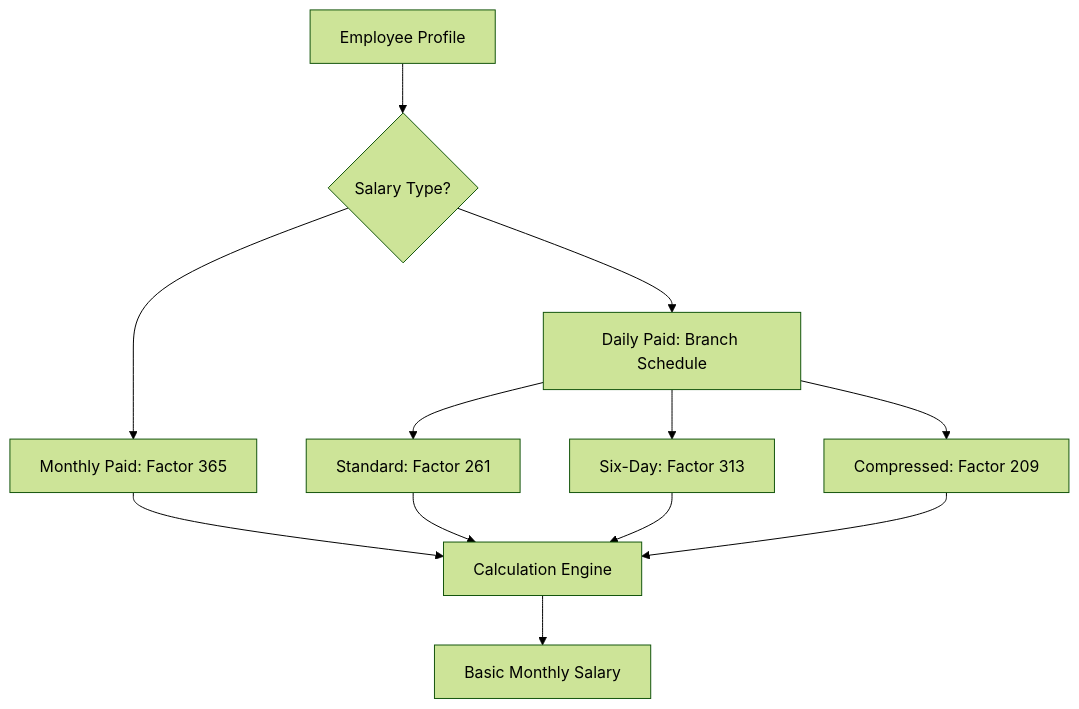
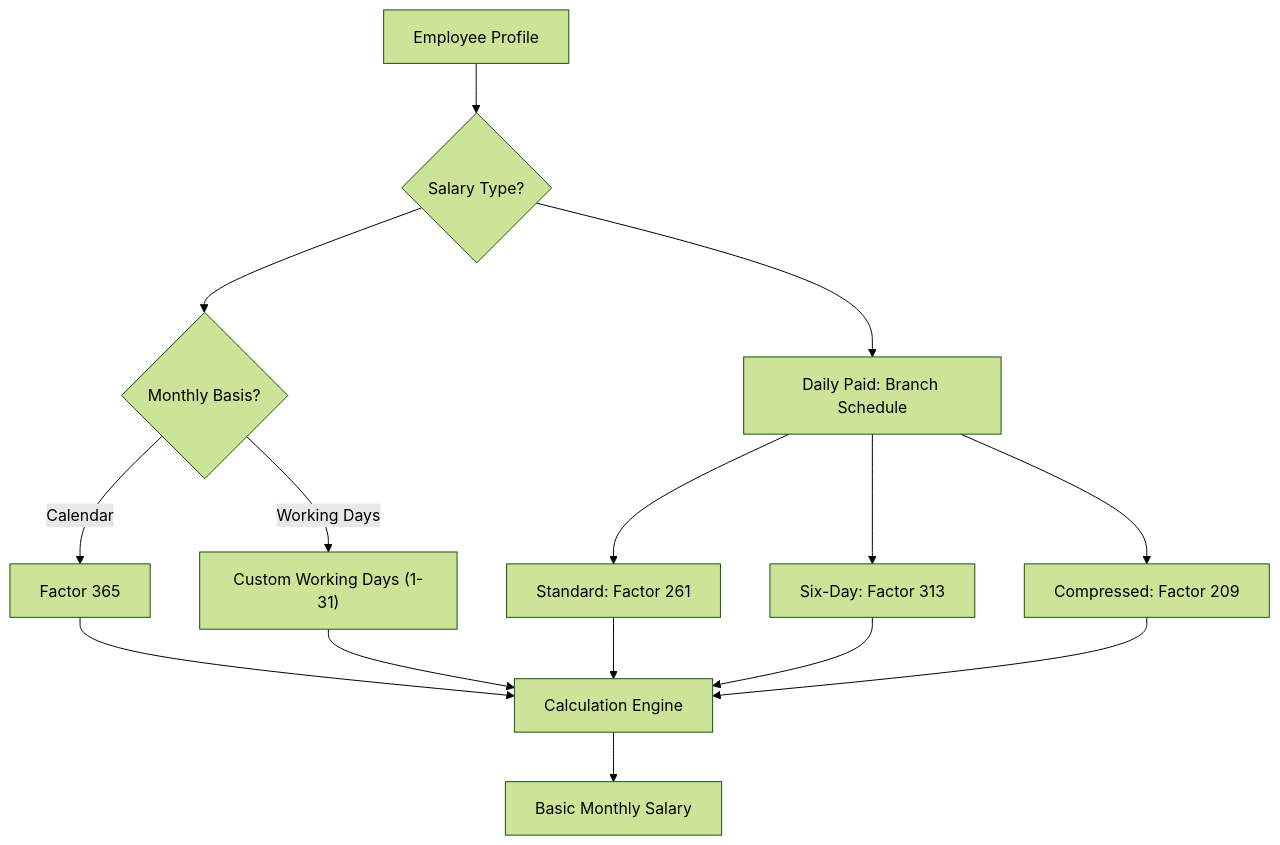
Before and after one commit to binssente-crypto/PAYROLL-DOCUMENTATION: diagram 29 of 49 in README.md, drawn with Mermaid (forest theme). The commit also changed other lines of this file, not shown here.

````diff
--- a/README.md
+++ b/README.md
@@ -804,14 +1739,21 @@
 ```mermaid
 graph TD
-A["Employee Profile"] --> B{"Salary Type?"}
-B --> C["Monthly Paid: Factor 365"]
-B --> D["Daily Paid: Branch Schedule"]
-D --> E["Standard: Factor 261"]
-D --> F["Six-Day: Factor 313"]
-D --> G["Compressed: Factor 209"]
-C --> H["Calculation Engine"]
-E --> H
-F --> H
-G --> H
-H --> I["Basic Monthly Salary"]
+    A["Employee Profile"] --> B{"Salary Type?"}
+    
+    B --> C{"Monthly Basis?"}
+    C -- "Calendar" --> C1["Factor 365"]
+    C -- "Working Days" --> C2["Custom Working Days (1-31)"]
+    
+    B --> D["Daily Paid: Branch Schedule"]
+    D --> E["Standard: Factor 261"]
+    D --> F["Six-Day: Factor 313"]
+    D --> G["Compressed: Factor 209"]
+    
+    C1 --> H["Calculation Engine"]
+    C2 --> H
+    E --> H
+    F --> H
+    G --> H
+    
+    H --> I["Basic Monthly Salary"]
 ```
````
